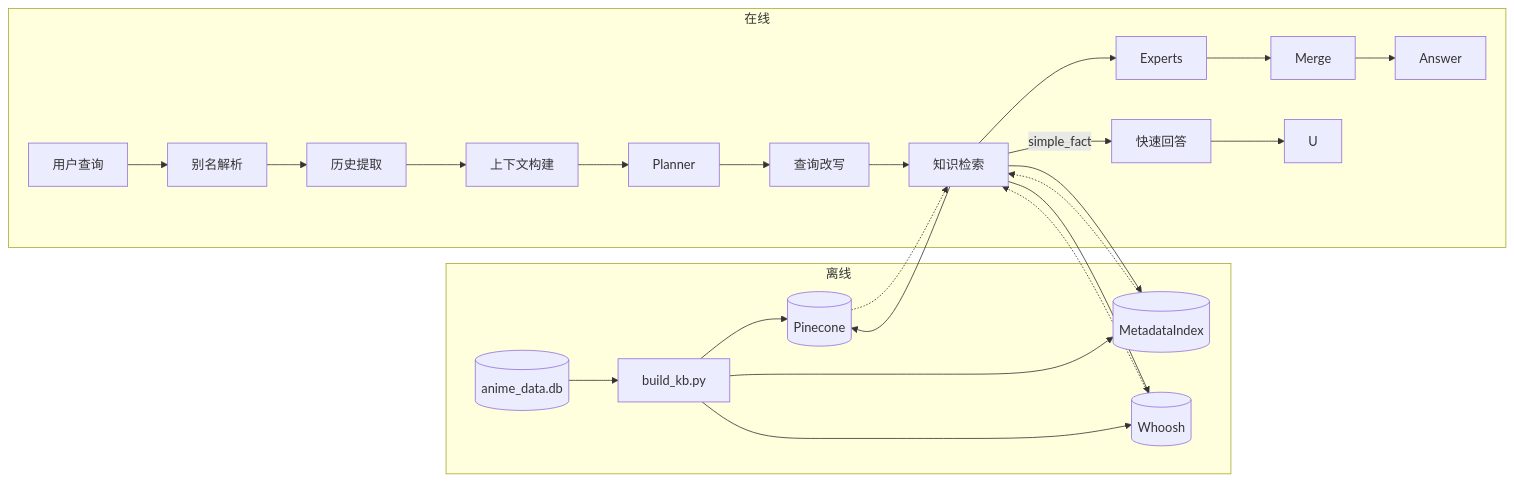
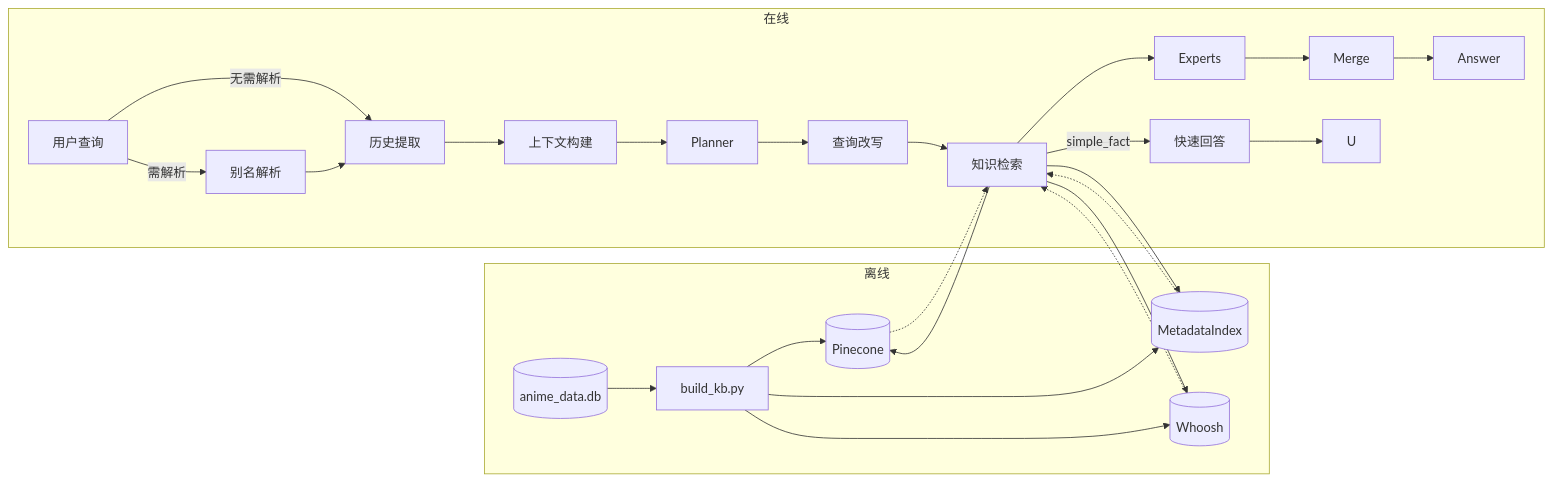
Before and after one commit to AKArrok/AniGraph: the third of 5 diagrams in .trae/documents/project-summary.md, drawn with Mermaid. The commit also changed other lines of this file and 16 other files, not shown here.

````diff
--- a/.trae/documents/project-summary.md
+++ b/.trae/documents/project-summary.md
@@ -151,26 +153,27 @@
 ```mermaid
 flowchart LR
     subgraph 离线
         DB[(anime_data.db)] --> KB[build_kb.py]
         KB --> P[(Pinecone)]
         KB --> MI[(MetadataIndex)]
         KB --> W[(Whoosh)]
     end
 
     subgraph 在线
-        Q[用户查询] --> AR[别名解析]
-        AR --> HE[历史提取]
+        Q[用户查询] -->|需解析| AR[别名解析]
+        Q -->|无需解析| HE[历史提取]
+        AR --> HE
         HE --> CB[上下文构建]
         CB --> PL[Planner]
         PL --> QP[查询改写]
         QP --> KR[知识检索]
         KR --> MI & P & W
         KR -->|simple_fact| SF[快速回答]
         KR --> EX[Experts]
         EX --> MG[Merge]
         MG --> AN[Answer]
         SF --> U
     end
 
     MI & P & W -.-> KR
 ```
````
